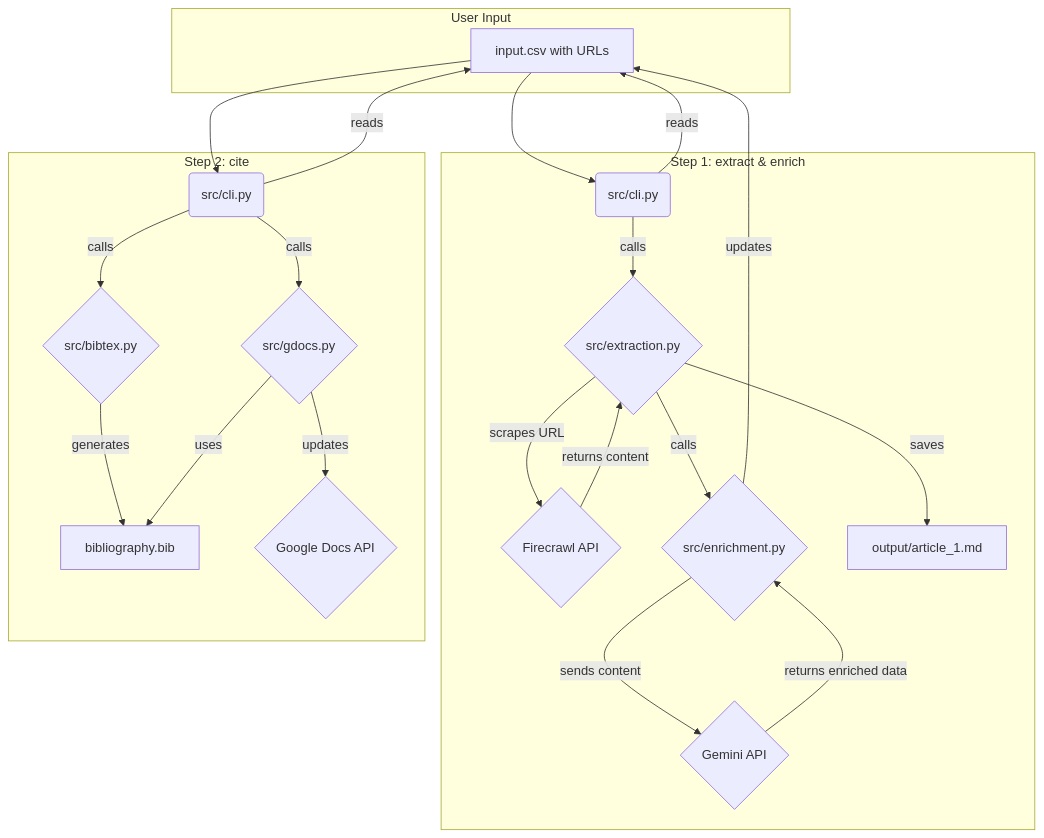
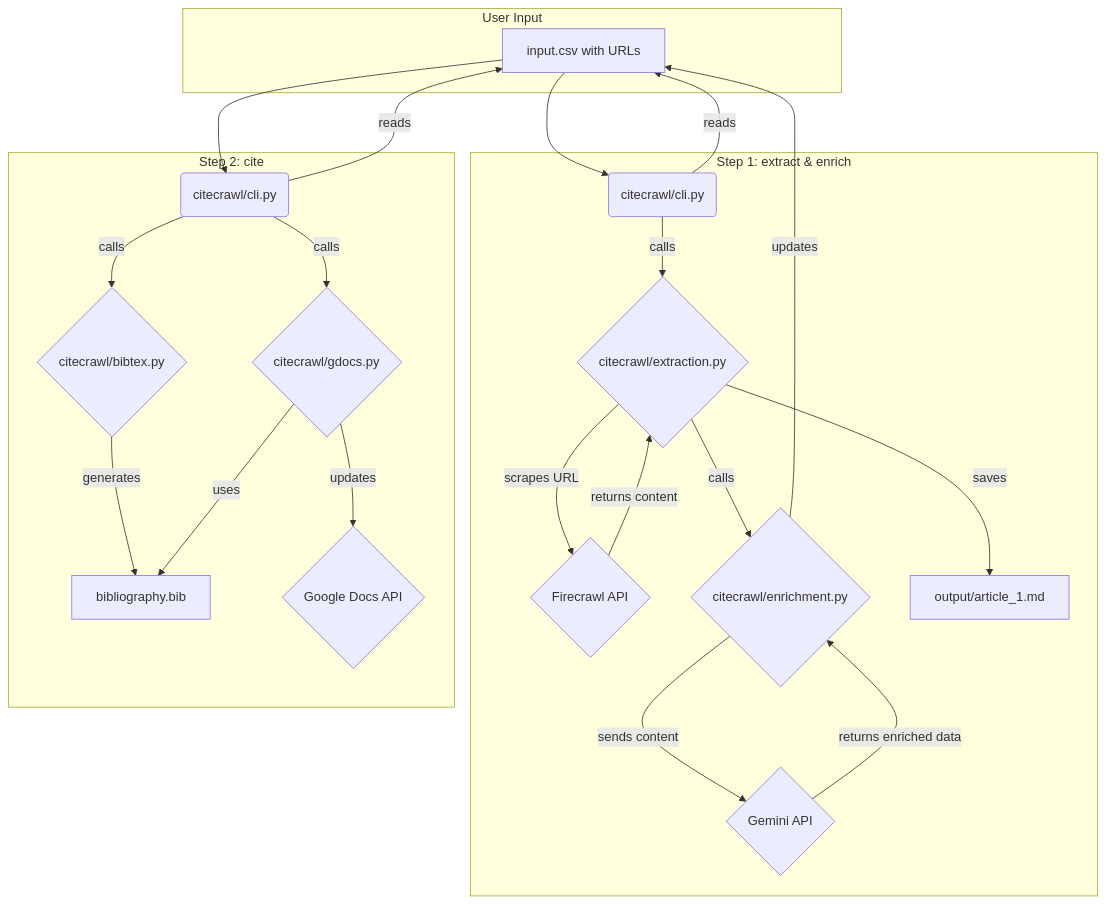
The diagram in PRD.md (complexluise/citecrawl), drawn with Mermaid before and after one commit. The commit also changed other lines of this file, not shown here.

Commit message:
docs(prd): :memo: Update PRD with new package structure

````diff
--- a/PRD.md
+++ b/PRD.md
@@ -63,30 +64,30 @@
 ```mermaid
 graph TD
     subgraph User Input
         A[input.csv with URLs]
     end
 
     subgraph "Step 1: extract & enrich"
-        B(src/cli.py) -- reads --> A
-        B -- calls --> C{src/extraction.py}
+        B(citecrawl/cli.py) -- reads --> A
+        B -- calls --> C{citecrawl/extraction.py}
         C -- scrapes URL --> D{Firecrawl API}
         D -- returns content --> C
-        C -- calls --> H{src/enrichment.py}
+        C -- calls --> H{citecrawl/enrichment.py}
         H -- sends content --> I{Gemini API}
         I -- returns enriched data --> H
         H -- updates --> A
         C -- saves --> E[output/article_1.md]
     end
 
     subgraph "Step 2: cite"
-        K(src/cli.py) -- reads --> A
-        K -- calls --> L{src/bibtex.py}
+        K(citecrawl/cli.py) -- reads --> A
+        K -- calls --> L{citecrawl/bibtex.py}
         L -- generates --> M[bibliography.bib]
-        K -- calls --> N{src/gdocs.py}
+        K -- calls --> N{citecrawl/gdocs.py}
         N -- uses --> M
         N -- updates --> O{Google Docs API}
     end
 
     A --> B
     A --> K
 ```
````
